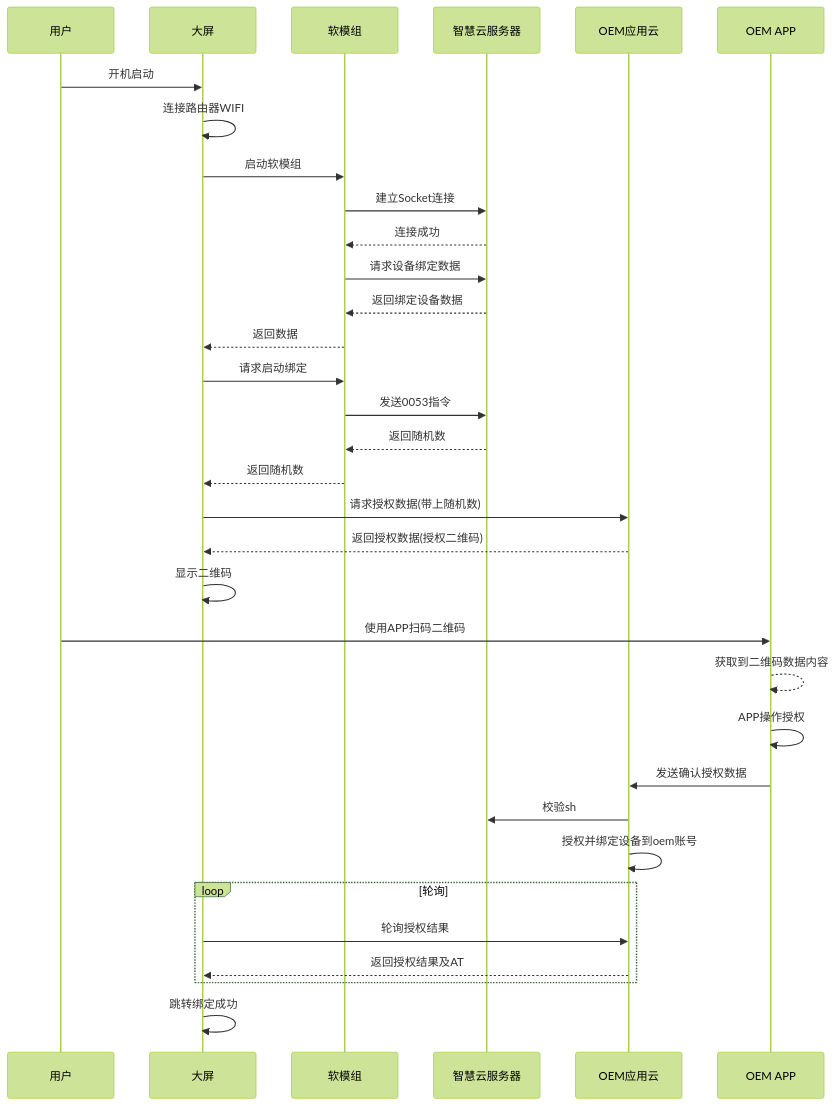
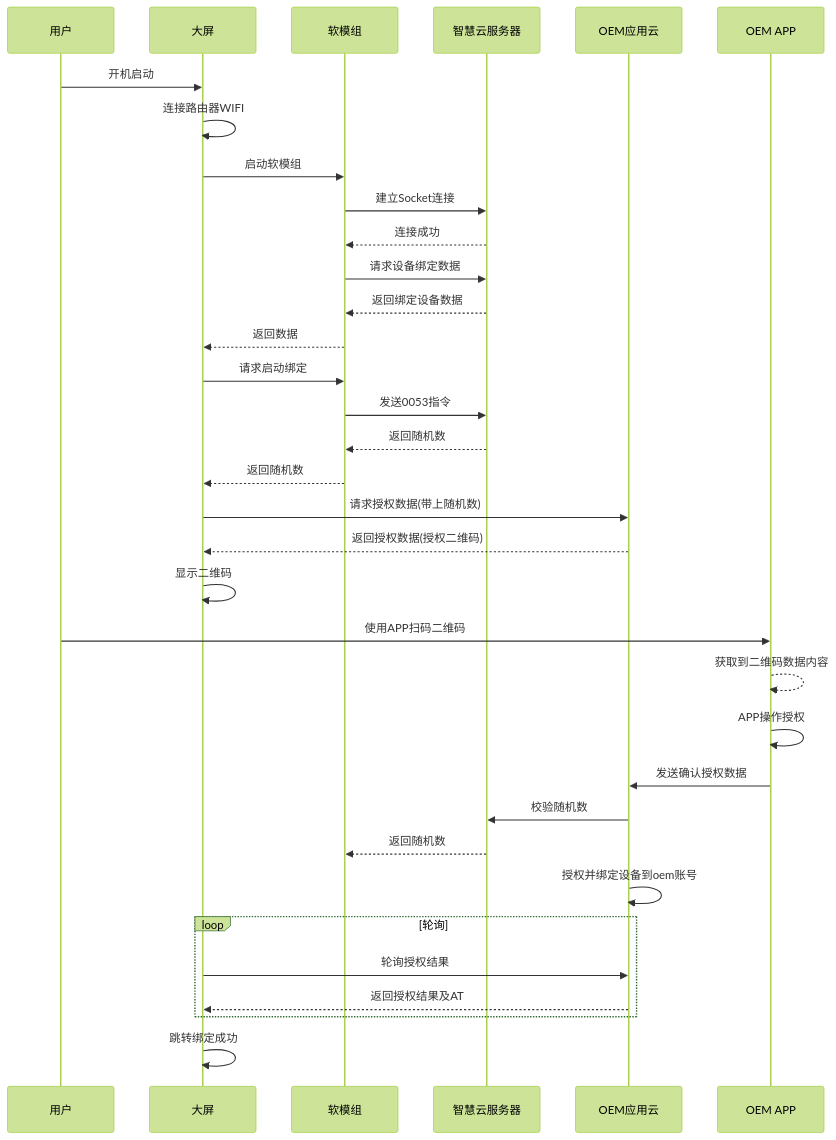
One commit to ixiaoyang8/iodraw-files changed the diagram in all/oem大屏扫码0053.md. Above: the diagram before and after it, drawn with Mermaid (forest theme).

Commit message:
2026-09-17 11:41:45 update

````diff
--- a/all/oem大屏扫码0053.md
+++ b/all/oem大屏扫码0053.md
@@ -1,37 +1,38 @@
 ```mermaid
 sequenceDiagram
     participant U as 用户
     participant D as 大屏
     participant M as 软模组
     participant S as 智慧云服务器
     participant A as OEM应用云
     participant P as OEM APP
 
     U->>D: 开机启动
     D->>D: 连接路由器WIFI
     D->>M: 启动软模组
     M->>S: 建立Socket连接
     S-->>M: 连接成功
     M->>S: 请求设备绑定数据
     S-->>M: 返回绑定设备数据
     M-->>D: 返回数据
     D->>M: 请求启动绑定
     M->>S: 发送0053指令
     S-->>M: 返回随机数
     M-->>D: 返回随机数
     D->>A: 请求授权数据(带上随机数)
     A-->>D: 返回授权数据(授权二维码)
     D->>D: 显示二维码
     U->>P: 使用APP扫码二维码
     P-->>P: 获取到二维码数据内容
     P->>P: APP操作授权
     P->>A: 发送确认授权数据
-    A->>S: 校验sh
+    A->>S: 校验随机数
+    S-->>M: 返回随机数
     A->>A: 授权并绑定设备到oem账号
     loop 轮询
         D->>A: 轮询授权结果
         A-->>D: 返回授权结果及AT
     end
     D->>D: 跳转绑定成功
 
 ```
````
